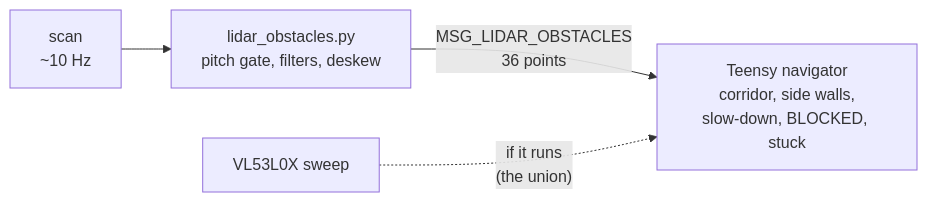
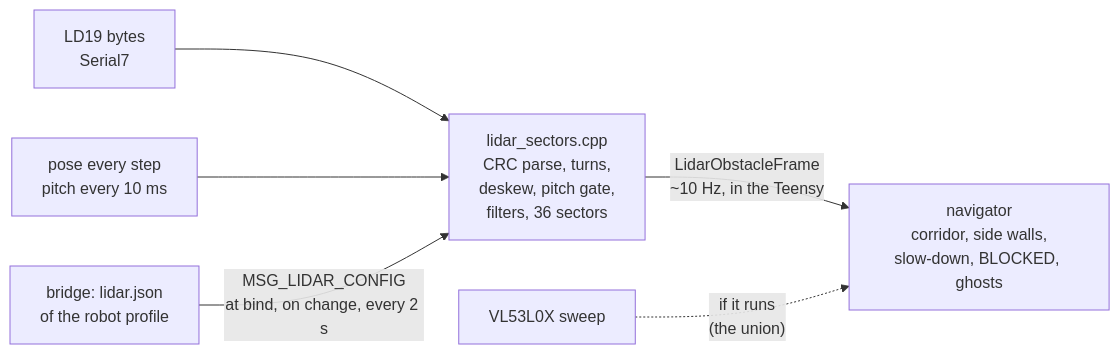
One commit to nespotts/self_balancing_robot_3 changed the fifth of 5 diagrams in docs/ld19.md. Above: the diagram before and after it, drawn with Mermaid. The commit also changed other lines of this file and 22 other files, not shown here.

````diff
--- a/docs/ld19.md
+++ b/docs/ld19.md
@@ -507,6 +513,8 @@
 ```mermaid
 flowchart LR
-  S[scan<br>~10 Hz] --> O[lidar_obstacles.py<br>pitch gate, filters, deskew]
-  O -- "MSG_LIDAR_OBSTACLES<br>36 points" --> N[Teensy navigator<br>corridor, side walls,<br>slow-down, BLOCKED, stuck]
+  L[LD19 bytes<br>Serial7] --> S[lidar_sectors.cpp<br>CRC parse, turns,<br>deskew, pitch gate,<br>filters, 36 sectors]
+  T[pose every step<br>pitch every 10 ms] --> S
+  C[bridge: lidar.json<br>of the robot profile] -- "MSG_LIDAR_CONFIG<br>at bind, on change, every 2 s" --> S
+  S -- "LidarObstacleFrame<br>~10 Hz, in the Teensy" --> N[navigator<br>corridor, side walls,<br>slow-down, BLOCKED, ghosts]
   W[VL53L0X sweep] -. "if it runs<br>(the union)" .-> N
 ```
````
